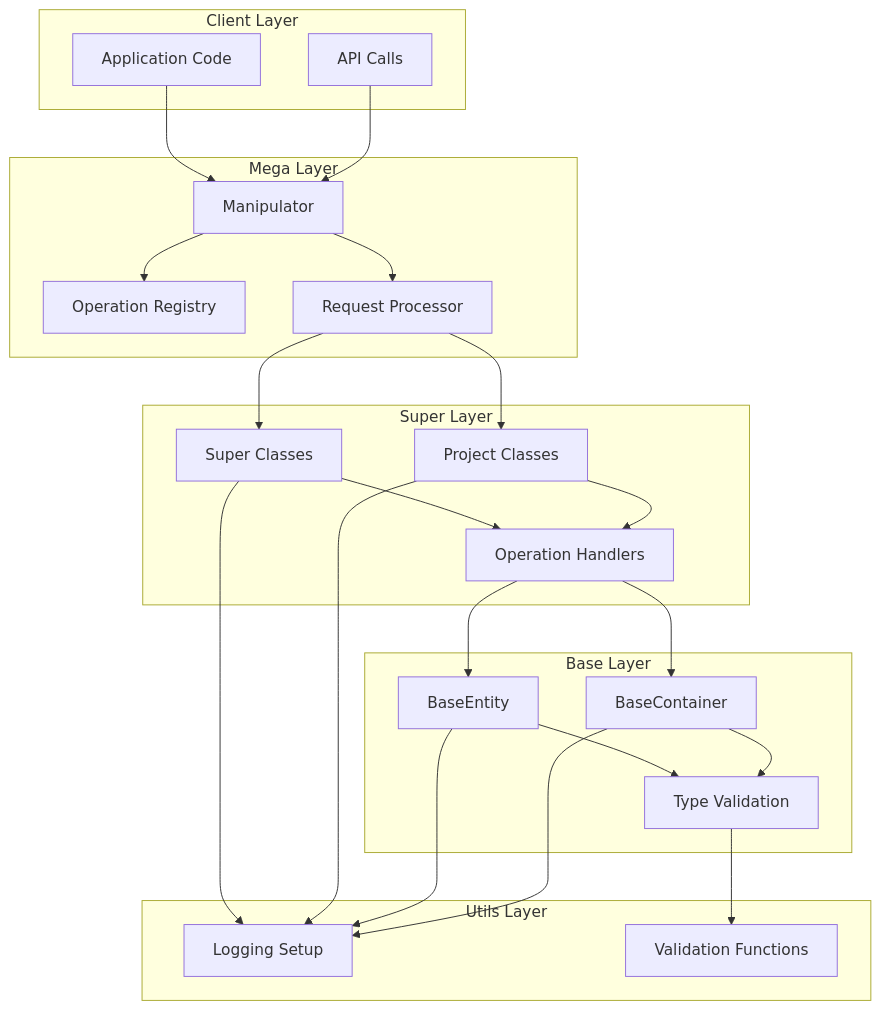
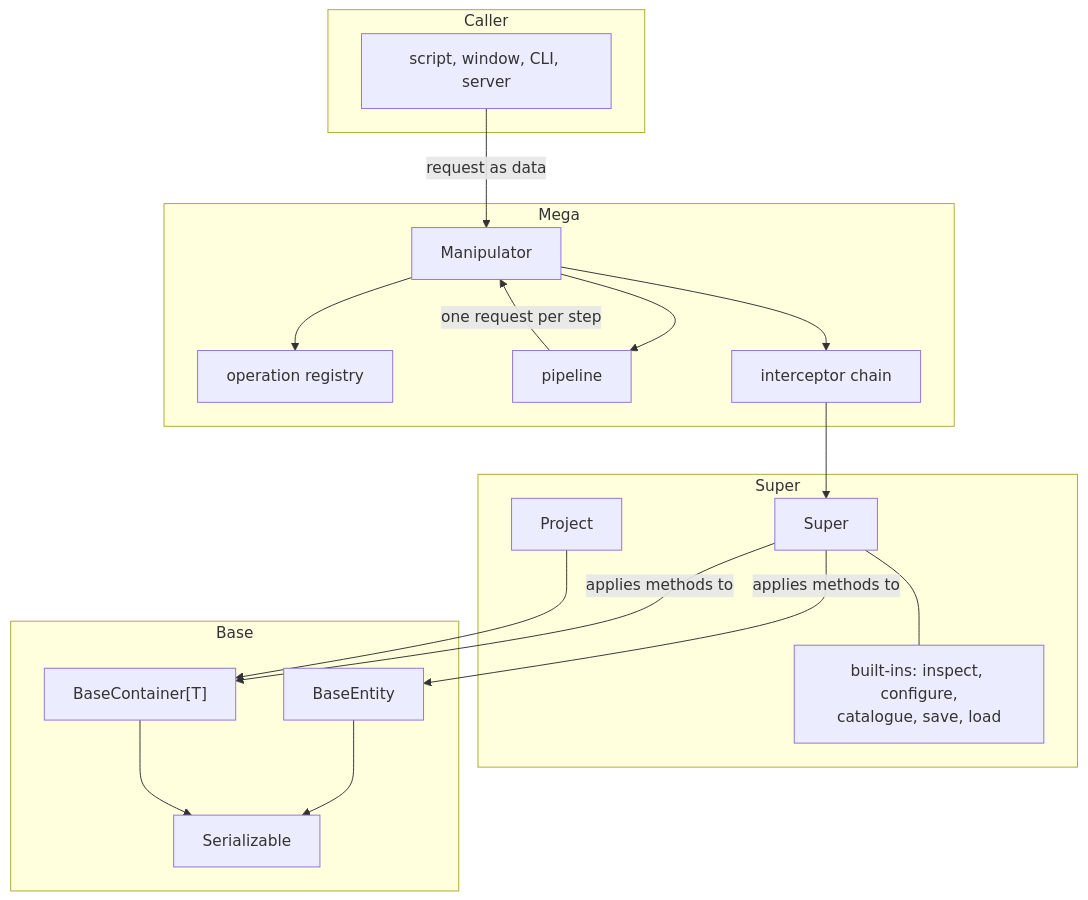
The first of 11 diagrams in docs/diagrams.md (Torward1024/MSB), drawn with Mermaid before and after one commit. The commit also changed other lines of this file and 5 other files, not shown here.

First line of the commit message:
12.08.2026 -- Rewrite base.md, docs/README.md, architecture.md and the diagrams.

````diff
--- a/docs/diagrams.md
+++ b/docs/diagrams.md
@@ -7,48 +7,38 @@
 ```mermaid
 graph TB
-    subgraph "Client Layer"
-        A[Application Code]
-        B[API Calls]
+    subgraph Caller
+        A["script, window, CLI, server"]
     end
 
-    subgraph "Mega Layer"
-        C[Manipulator]
-        D[Operation Registry]
-        E[Request Processor]
+    subgraph Mega
+        M["Manipulator"]
+        R["operation registry"]
+        P["pipeline"]
+        I["interceptor chain"]
     end
 
-    subgraph "Super Layer"
-        F[Super Classes]
-        G[Project Classes]
-        H[Operation Handlers]
+    subgraph Super
+        S["Super"]
+        B["built-ins: inspect, configure,<br/>catalogue, save, load"]
+        J["Project"]
     end
 
-    subgraph "Base Layer"
-        I[BaseEntity]
-        J[BaseContainer]
-        K[Type Validation]
+    subgraph Base
+        E["BaseEntity"]
+        C["BaseContainer[T]"]
+        Z["Serializable"]
     end
 
-    subgraph "Utils Layer"
-        L[Logging Setup]
-        M[Validation Functions]
-    end
-
-    A --> C
-    B --> C
-    C --> D
-    C --> E
-    E --> F
-    E --> G
-    F --> H
-    G --> H
-    H --> I
-    H --> J
-    I --> K
-    J --> K
-    F --> L
-    G --> L
-    I --> L
-    J --> L
-    K --> M
+    A -->|request as data| M
+    M --> R
+    M --> P
+    P -->|one request per step| M
+    M --> I
+    I --> S
+    S --- B
+    S -->|applies methods to| E
+    S -->|applies methods to| C
+    J --> C
+    E --> Z
+    C --> Z
 ```
````
